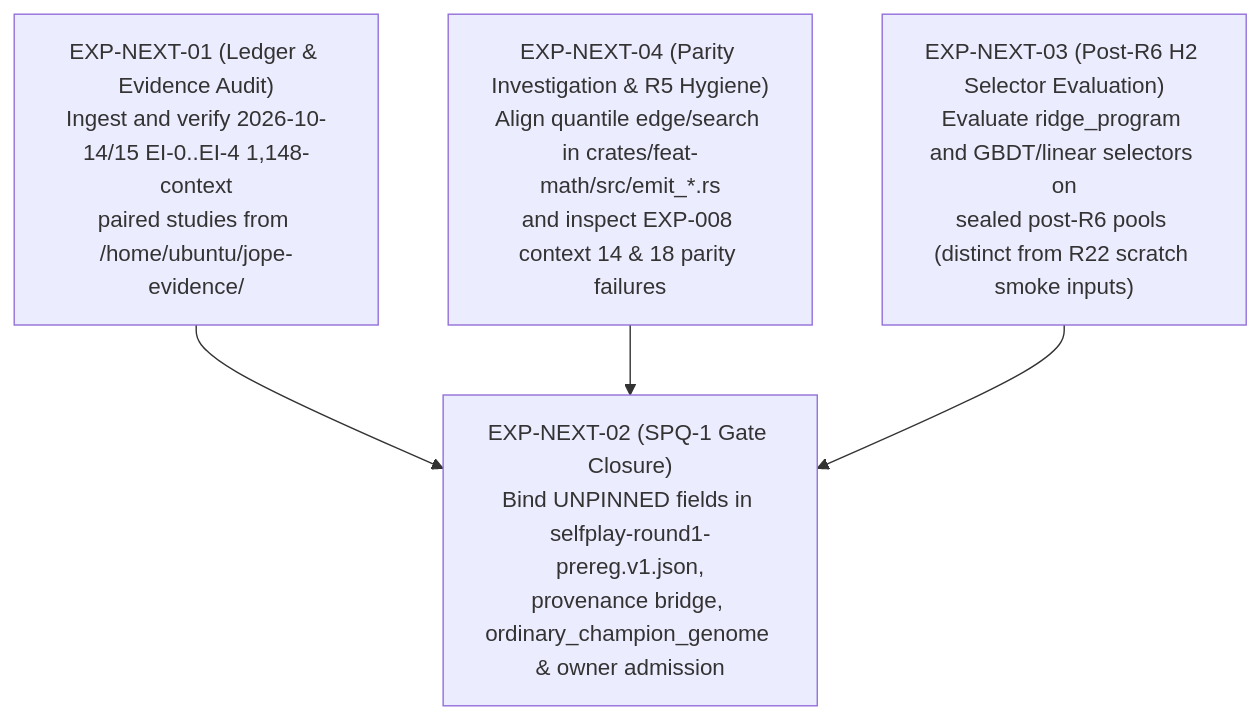
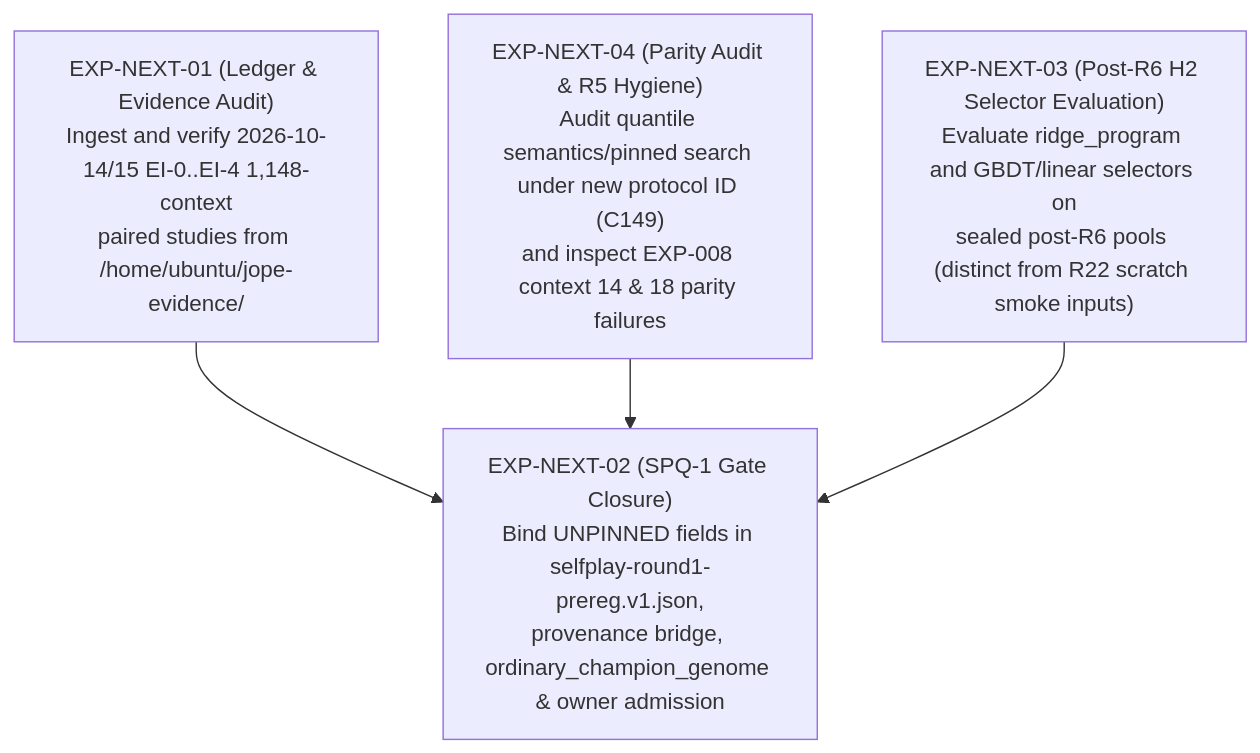
One commit to neverhuman/JopeDime changed the diagram in docs/experiments/SYNTHESIS_AND_NEXT_EXPERIMENTS.md. Above: the diagram before and after it, drawn with Mermaid. The commit also changed other lines of this file and 2 other files, not shown here.

Commit message:
docs(experiments): fix quantile edge formula, partition search wording, and consistency notes from review 5553199220

````diff
--- a/docs/experiments/SYNTHESIS_AND_NEXT_EXPERIMENTS.md
+++ b/docs/experiments/SYNTHESIS_AND_NEXT_EXPERIMENTS.md
@@ -48,6 +50,6 @@
 ```mermaid
 flowchart TD
     A["EXP-NEXT-01 (Ledger & Evidence Audit)<br/>Ingest and verify 2026-10-14/15 EI-0..EI-4 1,148-context<br/>paired studies from /home/ubuntu/jope-evidence/"] --> B["EXP-NEXT-02 (SPQ-1 Gate Closure)<br/>Bind UNPINNED fields in selfplay-round1-prereg.v1.json,<br/>provenance bridge, ordinary_champion_genome & owner admission"]
-    C["EXP-NEXT-04 (Parity Investigation & R5 Hygiene)<br/>Align quantile edge/search in crates/feat-math/src/emit_*.rs<br/>and inspect EXP-008 context 14 & 18 parity failures"] --> B
+    C["EXP-NEXT-04 (Parity Audit & R5 Hygiene)<br/>Audit quantile semantics/pinned search under new protocol ID (C149)<br/>and inspect EXP-008 context 14 & 18 parity failures"] --> B
     D["EXP-NEXT-03 (Post-R6 H2 Selector Evaluation)<br/>Evaluate ridge_program and GBDT/linear selectors on<br/>sealed post-R6 pools (distinct from R22 scratch smoke inputs)"] --> B
 ```
````
